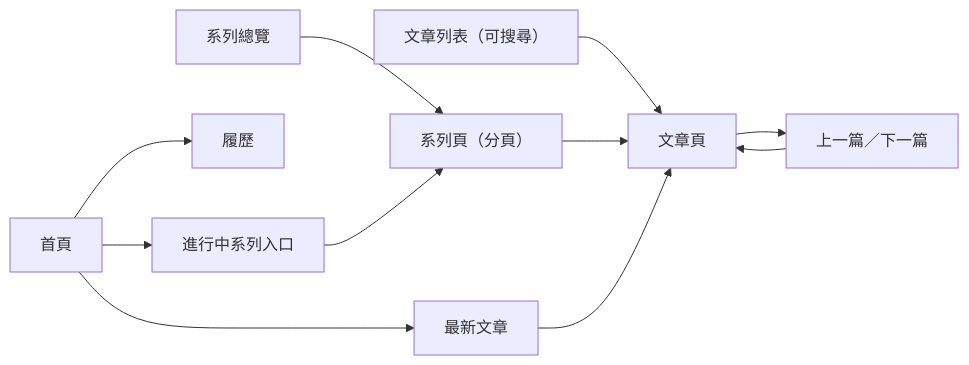
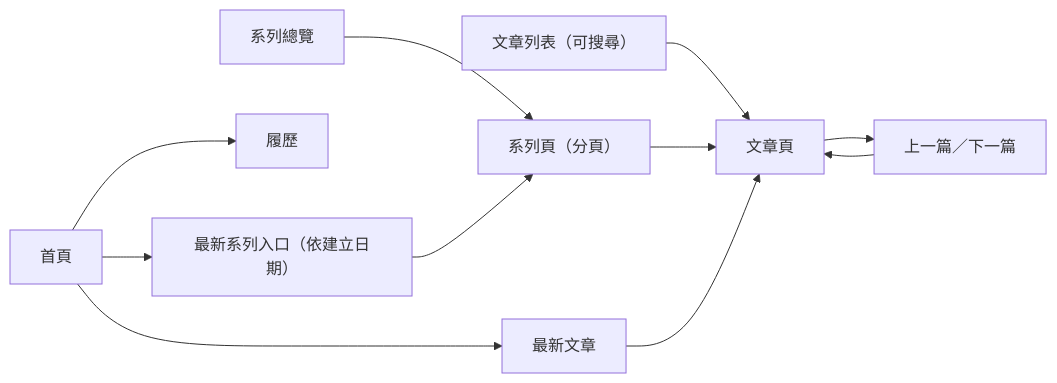
Before and after one commit to CodeMachine0121/CodeMachine0121.github.io: the diagram in .sdd/2026-10-04-blog-ui-redesign/PRD.md, drawn with Mermaid. The commit also changed other lines of this file and 2 other files, not shown here.

First line of the commit message:
docs: show the newest series and standalone articles on the home page

````diff
--- a/.sdd/2026-10-04-blog-ui-redesign/PRD.md
+++ b/.sdd/2026-10-04-blog-ui-redesign/PRD.md
@@ -262,11 +281,11 @@
 ```mermaid
 flowchart LR
   home["首頁"] --> latest["最新文章"]
-  home --> seriesEntry["進行中系列入口"]
+  home --> seriesEntry["最新系列入口（依建立日期）"]
   home --> cv["履歷"]
   blogList["文章列表（可搜尋）"] --> article["文章頁"]
   seriesList["系列總覽"] --> seriesPage["系列頁（分頁）"] --> article
   latest --> article
   seriesEntry --> seriesPage
   article --> adjacent["上一篇／下一篇"] --> article
 ```
````
